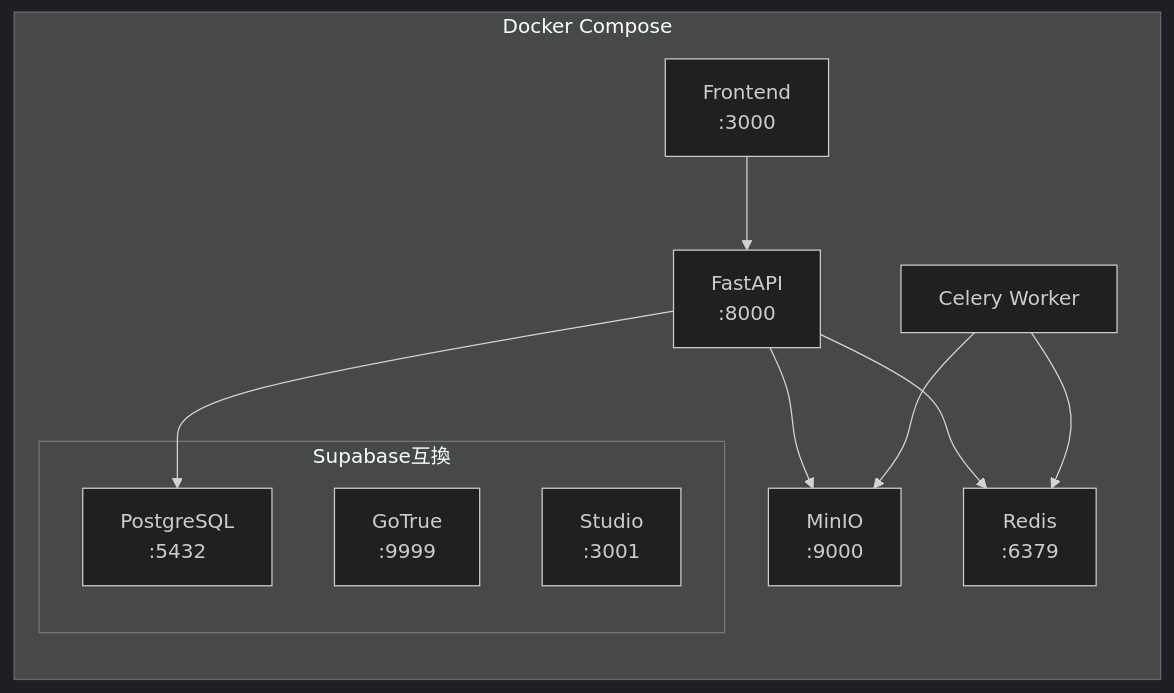
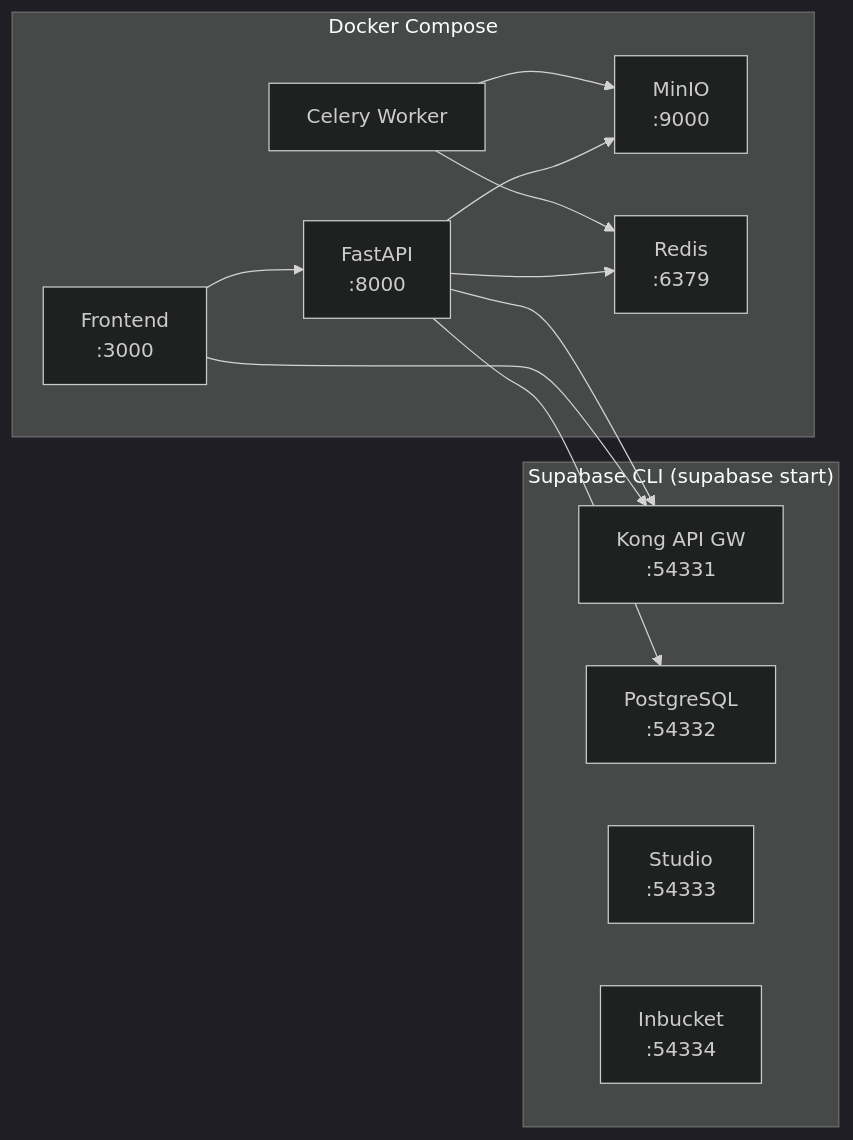
Before and after one commit to hexylab/argus: the second of 6 diagrams in docs/design/02_infrastructure.md, drawn with Mermaid (dark theme). The commit also changed other lines of this file and 14 other files, not shown here.

First line of the commit message:
infra: Supabase CLI ローカル開発環境 (#33)

````diff
--- a/docs/design/02_infrastructure.md
+++ b/docs/design/02_infrastructure.md
@@ -45,24 +47,26 @@
 ```mermaid
 flowchart LR
-    subgraph Local["Docker Compose"]
+    subgraph SupabaseCLI["Supabase CLI (supabase start)"]
+        Kong["Kong API GW<br/>:54331"]
+        DB["PostgreSQL<br/>:54332"]
+        StudioLocal["Studio<br/>:54333"]
+        Inbucket["Inbucket<br/>:54334"]
+    end
+
+    subgraph DockerCompose["Docker Compose"]
         FE["Frontend<br/>:3000"]
         API["FastAPI<br/>:8000"]
         Worker["Celery Worker"]
-
-        subgraph Supabase["Supabase互換"]
-            DB["PostgreSQL<br/>:5432"]
-            AuthLocal["GoTrue<br/>:9999"]
-            Studio["Studio<br/>:3001"]
-        end
-
         MinIO["MinIO<br/>:9000"]
         Redis["Redis<br/>:6379"]
     end
 
+    FE --> Kong
     FE --> API
+    API --> Kong
     API --> DB
     API --> MinIO
     API --> Redis
     Worker --> Redis
     Worker --> MinIO
 ```
````
